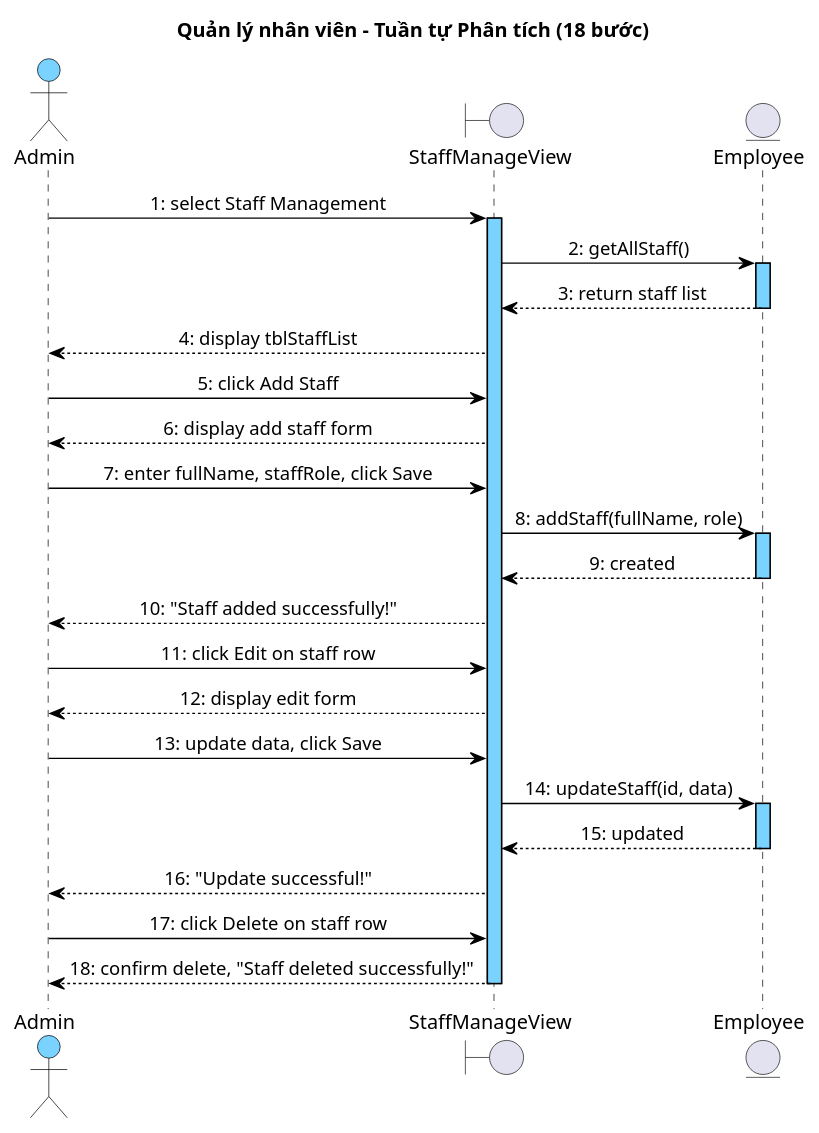
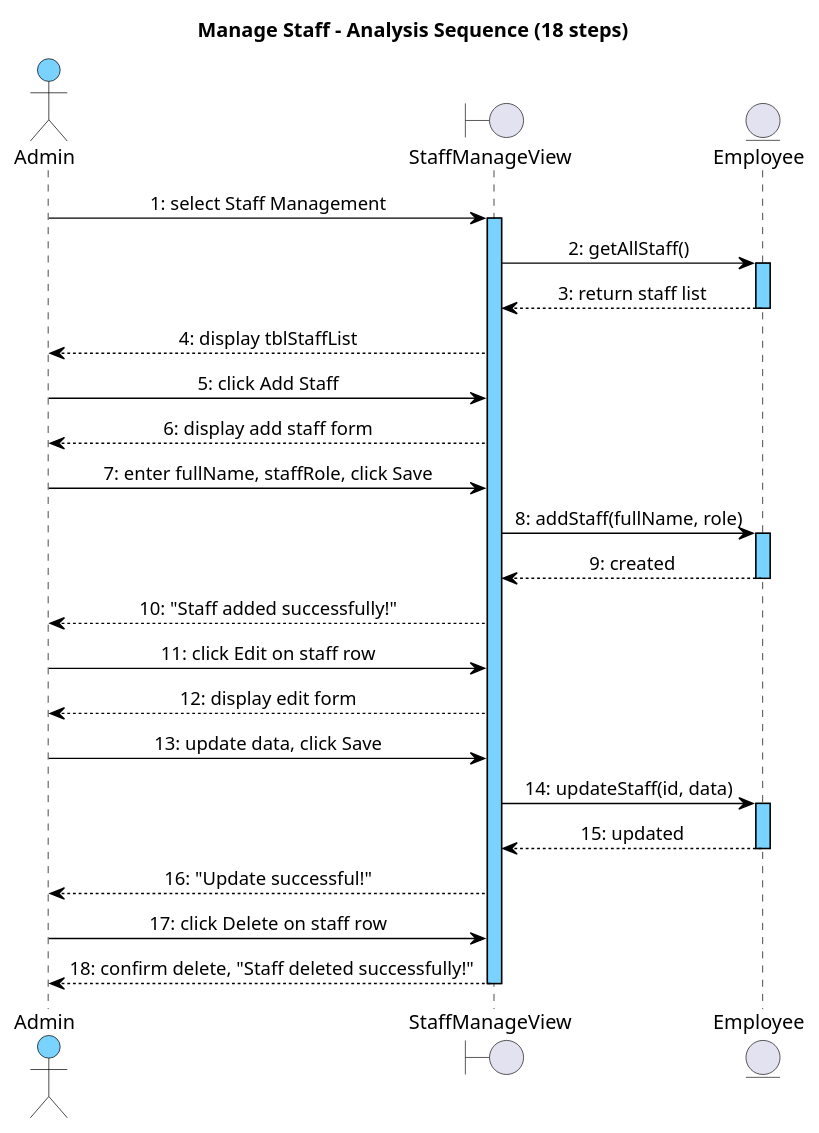
The seventh of 7 diagrams in docs/tabs/account/ii-analysis.md (thanhtrnnn/cnpm), drawn with PlantUML before and after one commit. The commit also changed other lines of this file and 13 other files, not shown here.

First line of the commit message:
fix: English-only sequence diagrams + independent abstractNum per numbered list

````diff
--- a/docs/tabs/account/ii-analysis.md
+++ b/docs/tabs/account/ii-analysis.md
@@ -685,56 +685,56 @@
 ```plantuml
 @startuml
 skinparam shadowing false
 skinparam SequenceMessageAlign left
 skinparam sequenceMessageAlign center
 skinparam sequenceArrowThickness 1
 skinparam sequenceLifeLineBorderColor #000000
 skinparam sequenceLifeLineBackgroundColor #7AD2FF
 skinparam sequenceParticipantBackgroundColor #7AD2FF
 skinparam sequenceParticipantBorderColor #000000
 skinparam sequenceParticipantFontColor #000000
 skinparam sequenceArrowColor #000000
 skinparam sequenceArrowFontColor #000000
 skinparam sequenceGroupBorderColor #000000
 skinparam sequenceGroupBackgroundColor #DDEEFF
 skinparam sequenceDividerBorderColor #000000
 skinparam sequenceDividerBackgroundColor #DDEEFF
 skinparam sequenceMessageFontColor #000000
 skinparam sequenceMessageFontSize 10
 skinparam sequenceActorBorderColor #000000
 skinparam sequenceActorBackgroundColor #7AD2FF
 skinparam sequenceActorFontColor #000000
-title Quản lý nhân viên – Tuần tự Phân tích (18 bước)
+title Manage Staff – Analysis Sequence (18 steps)
 
 actor "Admin" as Actor
 boundary StaffManageView as B1
 entity Employee as E1
 
 Actor -> B1 : 1: select Staff Management
 activate B1
 B1 -> E1 : 2: getAllStaff()
 activate E1
 E1 --> B1 : 3: return staff list
 deactivate E1
 B1 --> Actor : 4: display tblStaffList
 Actor -> B1 : 5: click Add Staff
 B1 --> Actor : 6: display add staff form
 Actor -> B1 : 7: enter fullName, staffRole, click Save
 B1 -> E1 : 8: addStaff(fullName, role)
 activate E1
 E1 --> B1 : 9: created
 deactivate E1
 B1 --> Actor : 10: "Staff added successfully!"
 Actor -> B1 : 11: click Edit on staff row
 B1 --> Actor : 12: display edit form
 Actor -> B1 : 13: update data, click Save
 B1 -> E1 : 14: updateStaff(id, data)
 activate E1
 E1 --> B1 : 15: updated
 deactivate E1
 B1 --> Actor : 16: "Update successful!"
 Actor -> B1 : 17: click Delete on staff row
 B1 --> Actor : 18: confirm delete, "Staff deleted successfully!"
 deactivate B1
 @enduml
 ```
````
